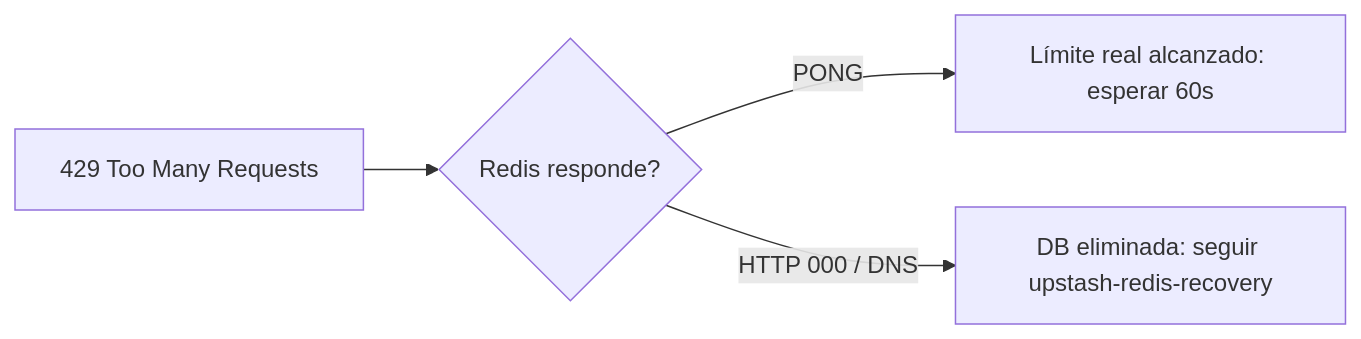
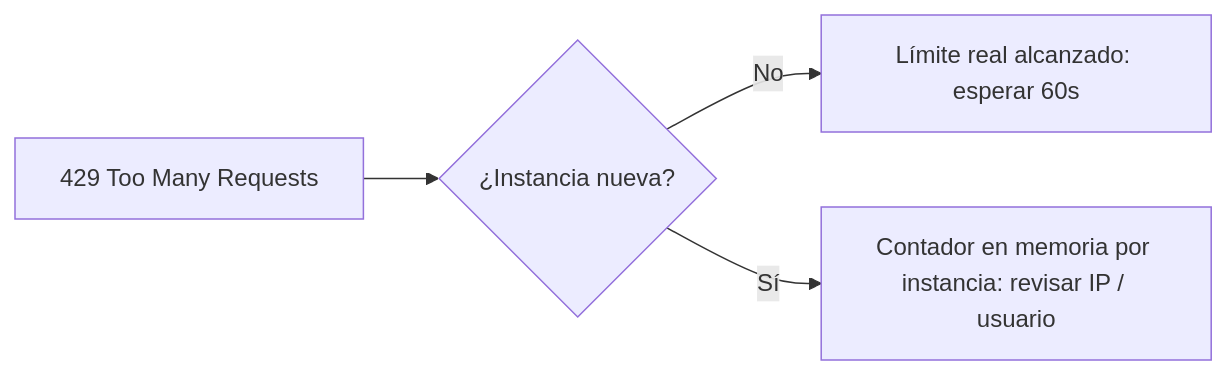
The second of 2 diagrams in docs/guides/troubleshooting.md (StrategicConnex/StrategicConnexAudit), drawn with Mermaid before and after one commit. The commit also changed other lines of this file and 67 other files, not shown here.

````diff
--- a/docs/guides/troubleshooting.md
+++ b/docs/guides/troubleshooting.md
@@ -906,6 +872,6 @@
 ```mermaid
 flowchart LR
-  A[429 Too Many Requests] --> B{Redis responde?}
-  B -->|PONG| C[Límite real alcanzado: esperar 60s]
-  B -->|HTTP 000 / DNS| D[DB eliminada: seguir upstash-redis-recovery]
+  A[429 Too Many Requests] --> B{¿Instancia nueva?}
+  B -->|No| C[Límite real alcanzado: esperar 60s]
+  B -->|Sí| D[Contador en memoria por instancia: revisar IP / usuario]
 ```
````
